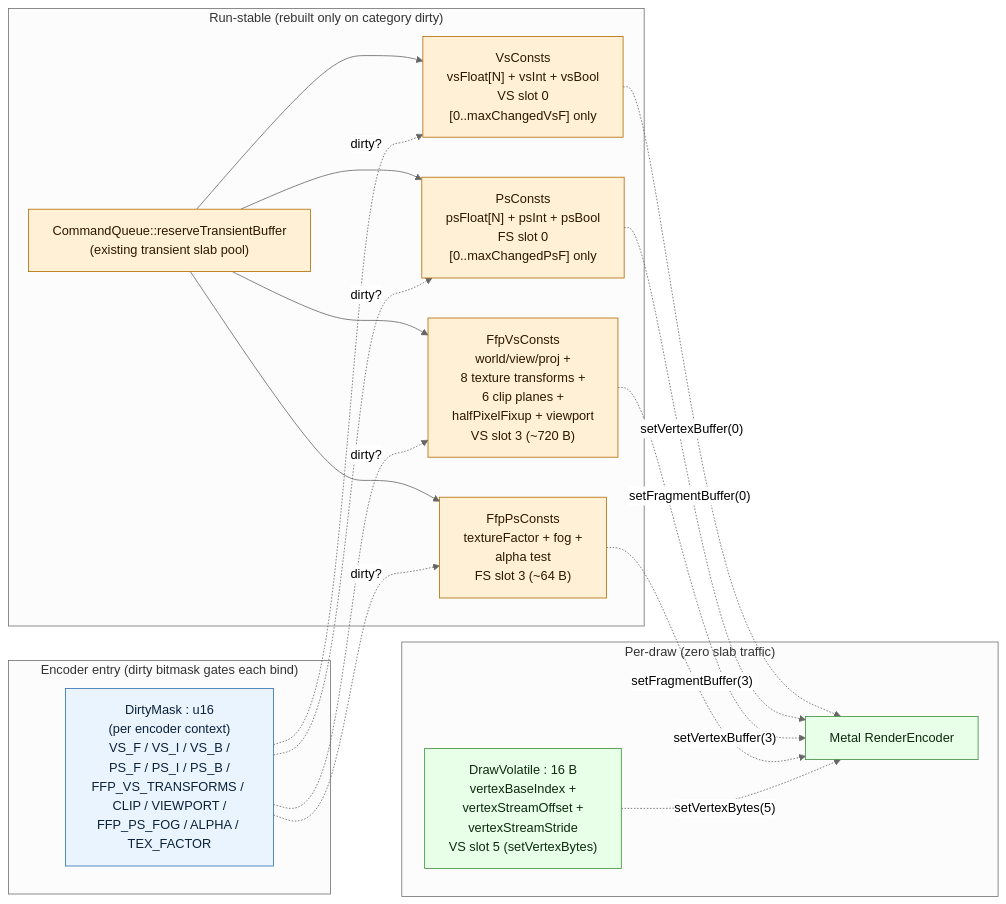
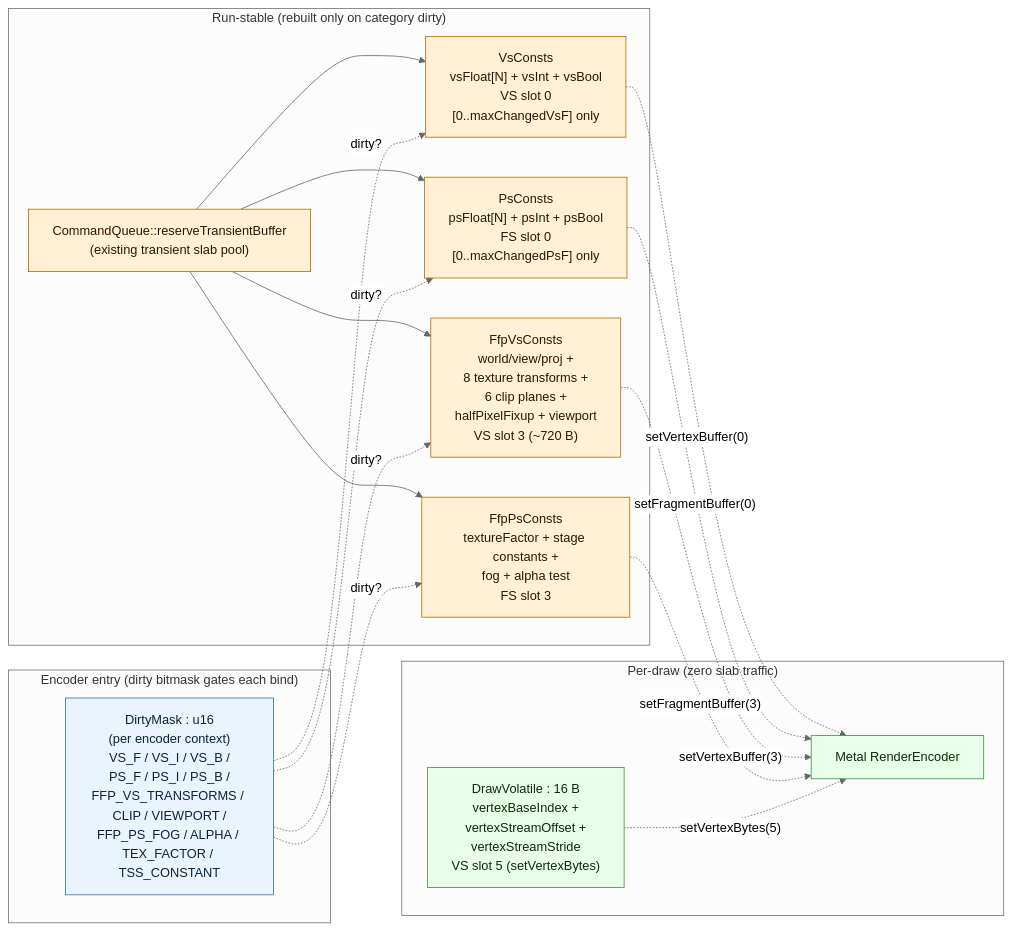
Before and after one commit to dfdgsdfg/dxmt9: the first of 4 diagrams in specs/backend/draw-uniforms/design.md, drawn with Mermaid (neutral theme). The commit also changed other lines of this file and 81 other files, not shown here.

````diff
--- a/specs/backend/draw-uniforms/design.md
+++ b/specs/backend/draw-uniforms/design.md
@@ -72,39 +72,39 @@
 ```mermaid
 flowchart LR
   subgraph PerFrame["Run-stable (rebuilt only on category dirty)"]
     Slab["CommandQueue::reserveTransientBuffer\n(existing transient slab pool)"]
     VsConsts["VsConsts\nvsFloat[N] + vsInt + vsBool\nVS slot 0\n[0..maxChangedVsF] only"]
     PsConsts["PsConsts\npsFloat[N] + psInt + psBool\nFS slot 0\n[0..maxChangedPsF] only"]
     FfpVs["FfpVsConsts\nworld/view/proj +\n8 texture transforms +\n6 clip planes +\nhalfPixelFixup + viewport\nVS slot 3 (~720 B)"]
-    FfpPs["FfpPsConsts\ntextureFactor + fog +\nalpha test\nFS slot 3 (~64 B)"]
+    FfpPs["FfpPsConsts\ntextureFactor + stage constants +\nfog + alpha test\nFS slot 3"]
     Slab --> VsConsts
     Slab --> PsConsts
     Slab --> FfpVs
     Slab --> FfpPs
   end
 
   subgraph PerEncoder["Encoder entry (dirty bitmask gates each bind)"]
-    Bitmask["DirtyMask : u16\n(per encoder context)\nVS_F / VS_I / VS_B /\nPS_F / PS_I / PS_B /\nFFP_VS_TRANSFORMS / CLIP / VIEWPORT /\nFFP_PS_FOG / ALPHA / TEX_FACTOR"]
+    Bitmask["DirtyMask : u16\n(per encoder context)\nVS_F / VS_I / VS_B /\nPS_F / PS_I / PS_B /\nFFP_VS_TRANSFORMS / CLIP / VIEWPORT /\nFFP_PS_FOG / ALPHA / TEX_FACTOR / TSS_CONSTANT"]
     Bitmask -. dirty? .-> VsConsts
     Bitmask -. dirty? .-> PsConsts
     Bitmask -. dirty? .-> FfpVs
     Bitmask -. dirty? .-> FfpPs
   end
 
   subgraph PerDraw["Per-draw (zero slab traffic)"]
     Push["DrawVolatile : 16 B\nvertexBaseIndex +\nvertexStreamOffset +\nvertexStreamStride\nVS slot 5 (setVertexBytes)"]
     Encoder["Metal RenderEncoder"]
     VsConsts -. setVertexBuffer(0) .-> Encoder
     PsConsts -. setFragmentBuffer(0) .-> Encoder
     FfpVs -. setVertexBuffer(3) .-> Encoder
     FfpPs -. setFragmentBuffer(3) .-> Encoder
     Push -. setVertexBytes(5) .-> Encoder
   end
 
   classDef slab fill:#fff0d6,stroke:#b26b00,color:#2b1900
   classDef mask fill:#eaf4ff,stroke:#2f6fad,color:#0b2239
   classDef push fill:#e8ffe8,stroke:#3c8f3c,color:#0d2b0d
   class Slab,VsConsts,PsConsts,FfpVs,FfpPs slab
   class Bitmask mask
   class Push,Encoder push
 ```
````
